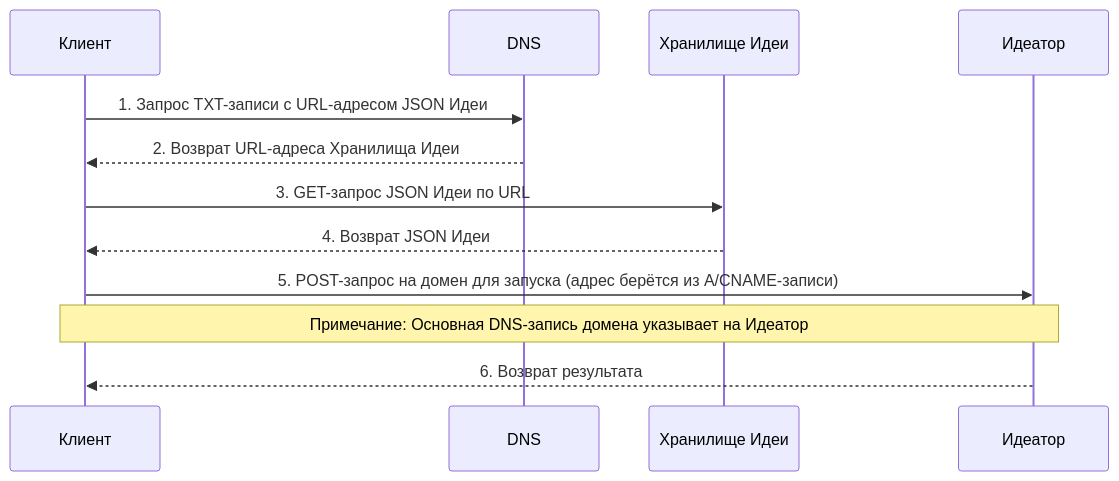
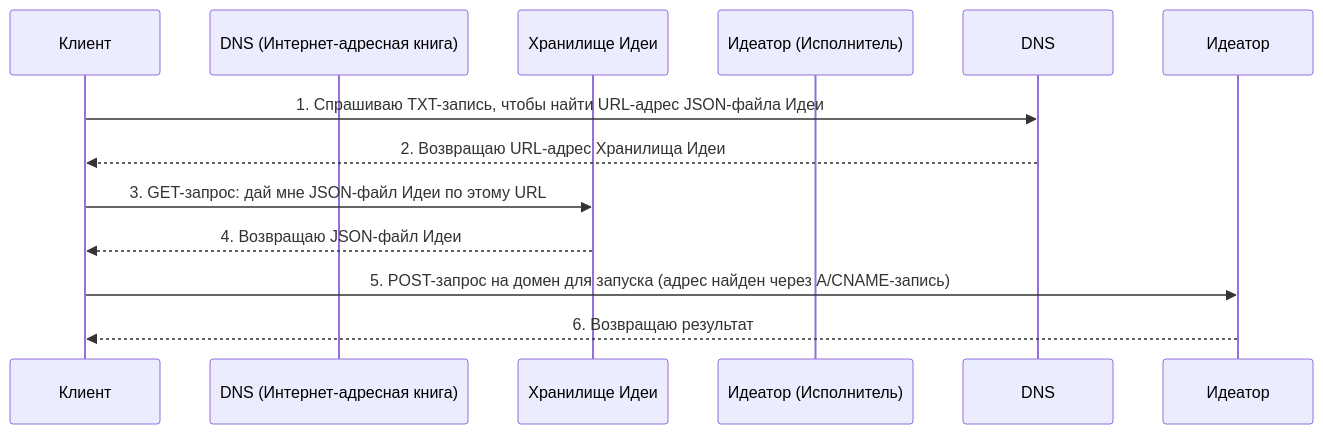
One commit to idealic-ai/docs changed the diagram in translations/simple-ru/rfc/102_concept_sovereignty.md. Above: the diagram before and after it, drawn with Mermaid. The commit also changed other lines of this file and 23 other files, not shown here.

````diff
--- a/translations/simple-ru/rfc/102_concept_sovereignty.md
+++ b/translations/simple-ru/rfc/102_concept_sovereignty.md
@@ -27,17 +26,16 @@
 ```mermaid
 sequenceDiagram
     participant Клиент
-    participant DNS
+    participant DNS (Интернет-адресная книга)
     participant Хранилище Идеи
-    participant Идеатор
+    participant Идеатор (Исполнитель)
 
-    Клиент->>DNS: 1. Запрос TXT-записи с URL-адресом JSON Идеи
-    DNS-->>Клиент: 2. Возврат URL-адреса Хранилища Идеи
+    Клиент->>DNS: 1. Спрашиваю TXT-запись, чтобы найти URL-адрес JSON-файла Идеи
+    DNS-->>Клиент: 2. Возвращаю URL-адрес Хранилища Идеи
 
-    Клиент->>Хранилище Идеи: 3. GET-запрос JSON Идеи по URL
-    Хранилище Идеи-->>Клиент: 4. Возврат JSON Идеи
+    Клиент->>Хранилище Идеи: 3. GET-запрос: дай мне JSON-файл Идеи по этому URL
+    Хранилище Идеи-->>Клиент: 4. Возвращаю JSON-файл Идеи
 
-    Клиент->>Идеатор: 5. POST-запрос на домен для запуска (адрес берётся из A/CNAME-записи)
-    Note over Клиент, Идеатор: Примечание: Основная DNS-запись домена указывает на Идеатор
-    Идеатор-->>Клиент: 6. Возврат результата
+    Клиент->>Идеатор: 5. POST-запрос на домен для запуска (адрес найден через A/CNAME-запись)
+    Идеатор-->>Клиент: 6. Возвращаю результат
 ```
````
